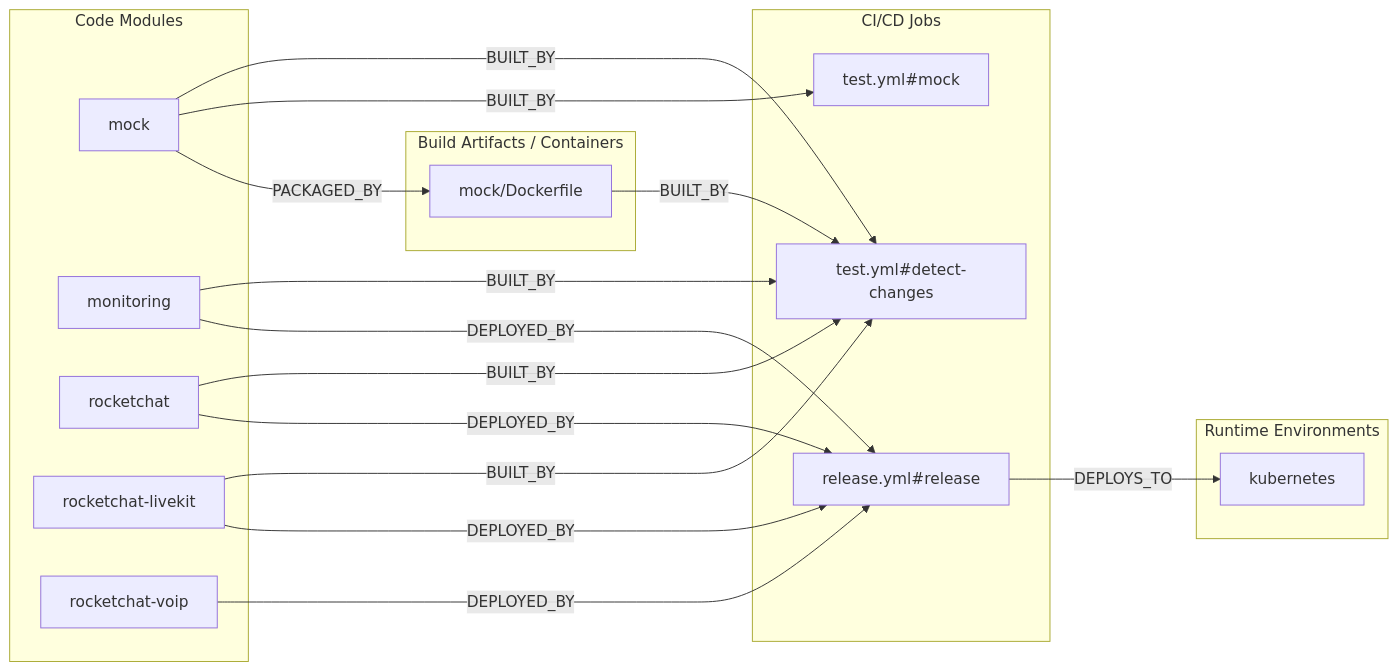
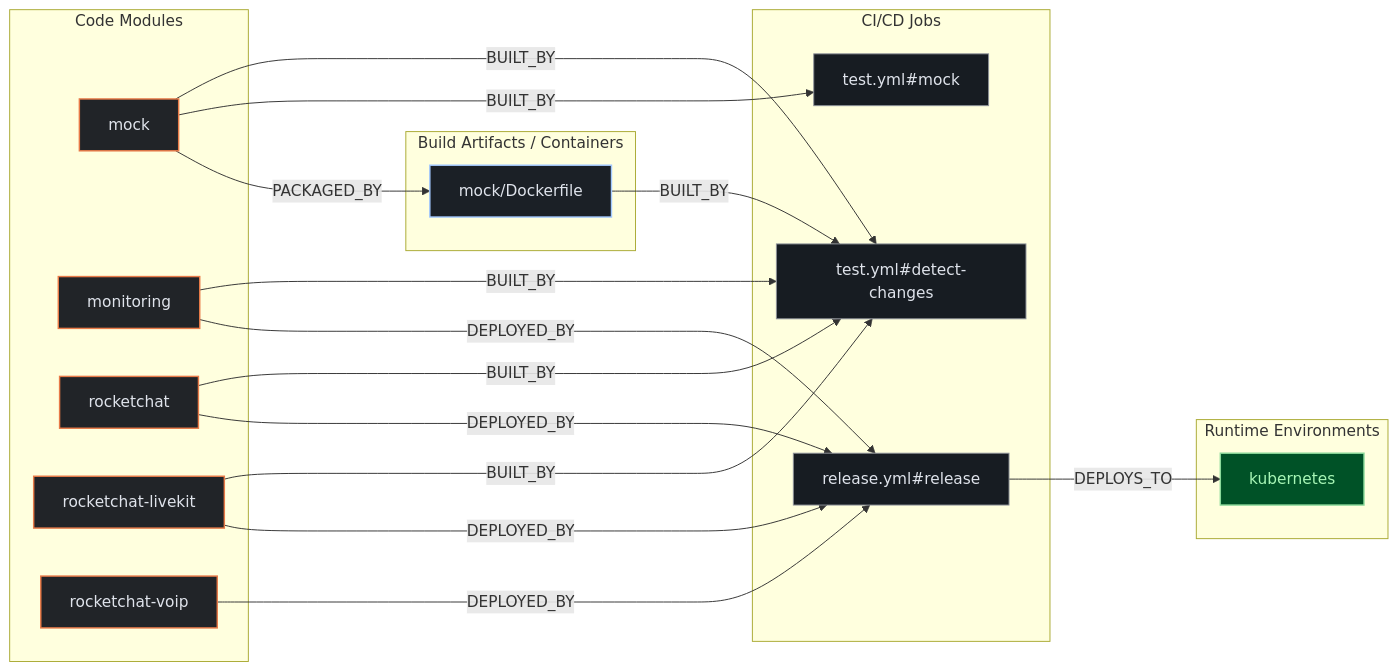
One commit to kumarshaz/atruss-code-atlas changed the second of 3 diagrams in exports/latest/reports/RocketChat-helm-charts-report.md. Above: the diagram before and after it, drawn with Mermaid. The commit also changed other lines of this file and 331 other files, not shown here.

Commit message:
docs,ui,fix: update SDLC docs, reorder CI/CD DAG first, stylize Mermaid, and fix Arc42 pipeline topology

````diff
--- a/exports/latest/reports/RocketChat-helm-charts-report.md
+++ b/exports/latest/reports/RocketChat-helm-charts-report.md
@@ -169,33 +176,37 @@
 ```mermaid
 flowchart LR
+    classDef atlasCategory fill:#212428,stroke:#E87A48,stroke-width:1.5px,color:#dfe3eb
+    classDef atlasWorkflow fill:#1b2026,stroke:#a3c9ff,stroke-width:1.5px,color:#dfe3eb
+    classDef atlasJob fill:#171c22,stroke:#8d9199,stroke-width:1px,color:#dfe3eb
+    classDef atlasTarget fill:#005227,stroke:#8bd99b,stroke-width:1.5px,color:#a7f6b6
     subgraph code_modules["Code Modules"]
-        mod_mock["mock"]
-        mod_monitoring["monitoring"]
-        mod_rocketchat["rocketchat"]
-        mod_rocketchat_livekit["rocketchat-livekit"]
-        mod_rocketchat_voip["rocketchat-voip"]
+        mod_mock["mock"]:::atlasCategory
+        mod_monitoring["monitoring"]:::atlasCategory
+        mod_rocketchat["rocketchat"]:::atlasCategory
+        mod_rocketchat_livekit["rocketchat-livekit"]:::atlasCategory
+        mod_rocketchat_voip["rocketchat-voip"]:::atlasCategory
     end
     subgraph build_artifacts["Build Artifacts / Containers"]
-        art_mock_Dockerfile["mock/Dockerfile"]
+        art_mock_Dockerfile["mock/Dockerfile"]:::atlasWorkflow
     end
     subgraph ci_jobs["CI/CD Jobs"]
-        job_release_yml_release["release.yml#release"]
-        job_test_yml_detect_changes["test.yml#detect-changes"]
-        job_test_yml_mock["test.yml#mock"]
+        job_release_yml_release["release.yml#release"]:::atlasJob
+        job_test_yml_detect_changes["test.yml#detect-changes"]:::atlasJob
+        job_test_yml_mock["test.yml#mock"]:::atlasJob
     end
     subgraph runtime_envs["Runtime Environments"]
-        env_kubernetes["kubernetes"]
+        env_kubernetes["kubernetes"]:::atlasTarget
     end
     job_release_yml_release -->|DEPLOYS_TO| env_kubernetes
     mod_mock -->|BUILT_BY| job_test_yml_detect_changes
     mod_mock -->|BUILT_BY| job_test_yml_mock
     mod_mock -->|PACKAGED_BY| art_mock_Dockerfile
     mod_monitoring -->|BUILT_BY| job_test_yml_detect_changes
     mod_monitoring -->|DEPLOYED_BY| job_release_yml_release
     mod_rocketchat -->|BUILT_BY| job_test_yml_detect_changes
     mod_rocketchat -->|DEPLOYED_BY| job_release_yml_release
     mod_rocketchat_livekit -->|BUILT_BY| job_test_yml_detect_changes
     mod_rocketchat_livekit -->|DEPLOYED_BY| job_release_yml_release
     mod_rocketchat_voip -->|DEPLOYED_BY| job_release_yml_release
     art_mock_Dockerfile -->|BUILT_BY| job_test_yml_detect_changes
 ```
````
